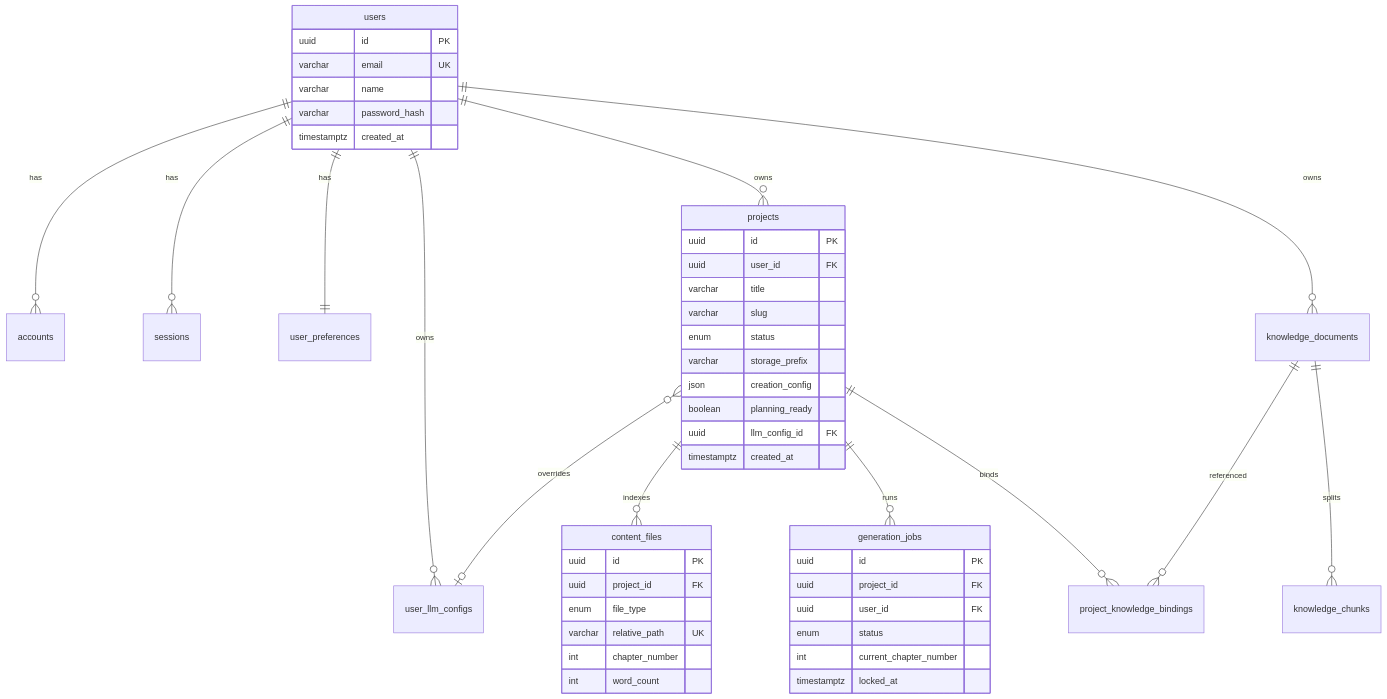
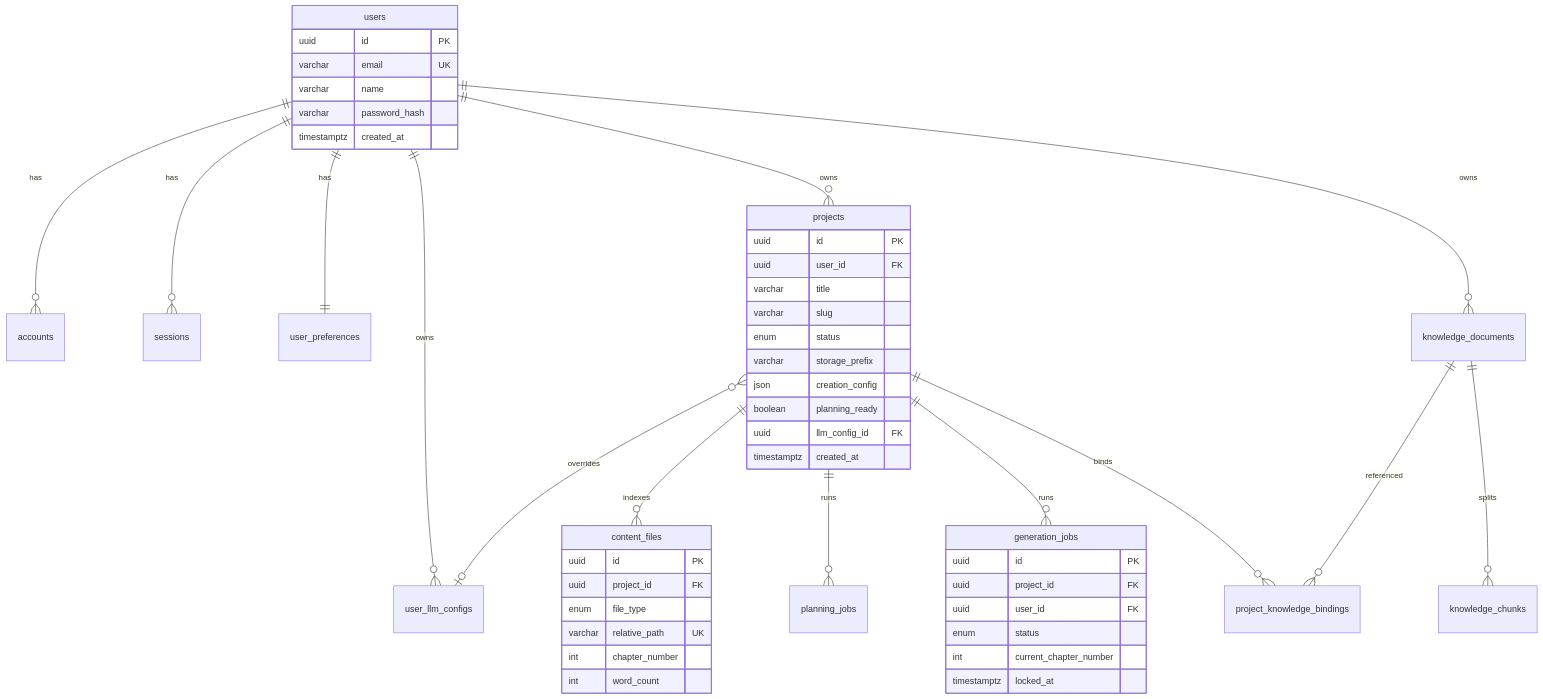
One commit to blue-idea/muoyu changed the first of 2 diagrams in docs/spec/data.md. Above: the diagram before and after it, drawn with Mermaid. The commit also changed other lines of this file and 16 other files, not shown here.

````diff
--- a/docs/spec/data.md
+++ b/docs/spec/data.md
@@ -34,56 +34,57 @@
 ```mermaid
 erDiagram
     users ||--o{ accounts : has
     users ||--o{ sessions : has
     users ||--|| user_preferences : has
     users ||--o{ user_llm_configs : owns
     users ||--o{ projects : owns
     users ||--o{ knowledge_documents : owns
 
     projects ||--o{ content_files : indexes
+    projects ||--o{ planning_jobs : runs
     projects ||--o{ generation_jobs : runs
     projects ||--o{ project_knowledge_bindings : binds
     projects }o--o| user_llm_configs : overrides
 
     knowledge_documents ||--o{ knowledge_chunks : splits
     knowledge_documents ||--o{ project_knowledge_bindings : referenced
 
     users {
         uuid id PK
         varchar email UK
         varchar name
         varchar password_hash
         timestamptz created_at
     }
 
     projects {
         uuid id PK
         uuid user_id FK
         varchar title
         varchar slug
         enum status
         varchar storage_prefix
         json creation_config
         boolean planning_ready
         uuid llm_config_id FK
         timestamptz created_at
     }
 
     content_files {
         uuid id PK
         uuid project_id FK
         enum file_type
         varchar relative_path UK
         int chapter_number
         int word_count
     }
 
     generation_jobs {
         uuid id PK
         uuid project_id FK
         uuid user_id FK
         enum status
         int current_chapter_number
         timestamptz locked_at
     }
 ```
````
